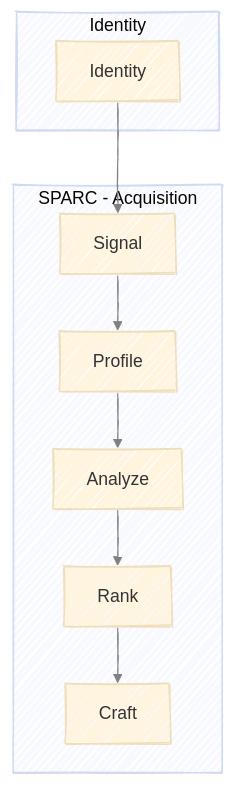
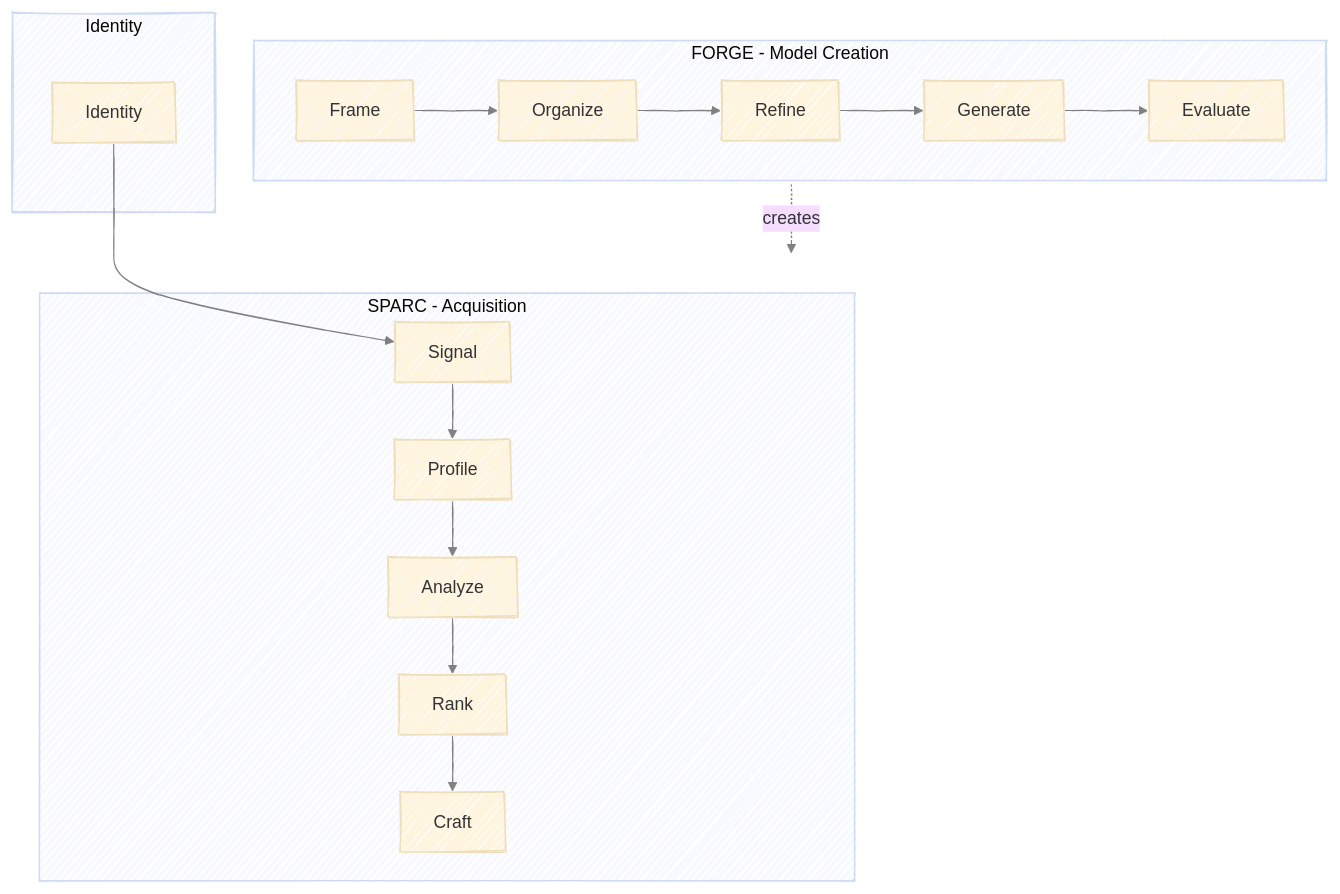
The diagram in docs/overview.md (athrael-soju/framework-generator), drawn with Mermaid before and after one commit. The commit also changed other lines of this file and 19 other files, not shown here.

````diff
--- a/docs/overview.md
+++ b/docs/overview.md
@@ -7,23 +7,31 @@
 ```mermaid
 ---
 config:
   layout: dagre
   look: handDrawn
   theme: base
   themeVariables:
     lineColor: gray
 ---
 flowchart TB
     subgraph Foundation ["Identity"]
         Identity["Identity"]
     end
 
     subgraph SPARC ["SPARC - Acquisition"]
         S["Signal"] --> P["Profile"]
         P --> A["Analyze"]
         A --> R["Rank"]
         R --> C["Craft"]
     end
 
+    subgraph FORGE ["FORGE - Model Creation"]
+        Fr["Frame"] --> O["Organize"]
+        O --> Re["Refine"]
+        Re --> G["Generate"]
+        G --> E["Evaluate"]
+    end
+
     Identity --> S
+    FORGE -.-> |creates| SPARC
 ```
````
